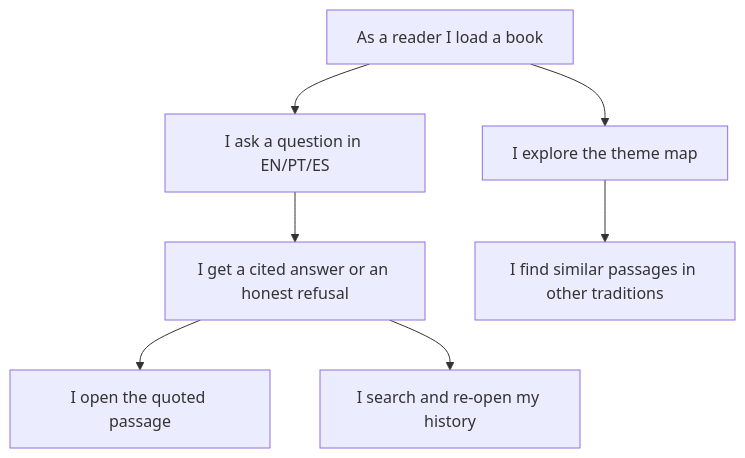
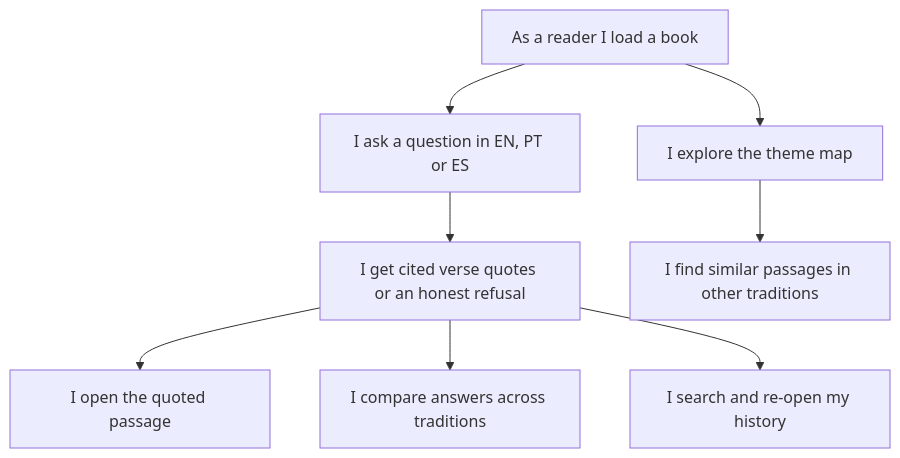
One commit to IgorCSIS/scripture-rag changed the first of 9 diagrams in docs/ARCHITECTURE.md. Above: the diagram before and after it, drawn with Mermaid. The commit also changed other lines of this file and 5 other files, not shown here.

Commit message:
README and ARCHITECTURE match the final extractive pipeline: two gates, translation, verse chunks, parity; descriptive alt text; fresh screenshots

````diff
--- a/docs/ARCHITECTURE.md
+++ b/docs/ARCHITECTURE.md
@@ -10,9 +12,10 @@
 ```mermaid
 flowchart TB
-  A[As a reader I load a book] --> B[I ask a question in EN/PT/ES]
-  B --> C[I get a cited answer or an honest refusal]
+  A[As a reader I load a book] --> B[I ask a question in EN, PT or ES]
+  B --> C[I get cited verse quotes or an honest refusal]
   C --> D[I open the quoted passage]
   A --> E[I explore the theme map]
   E --> F[I find similar passages in other traditions]
-  C --> G[I search and re-open my history]
+  C --> G[I compare answers across traditions]
+  C --> H[I search and re-open my history]
 ```
````
